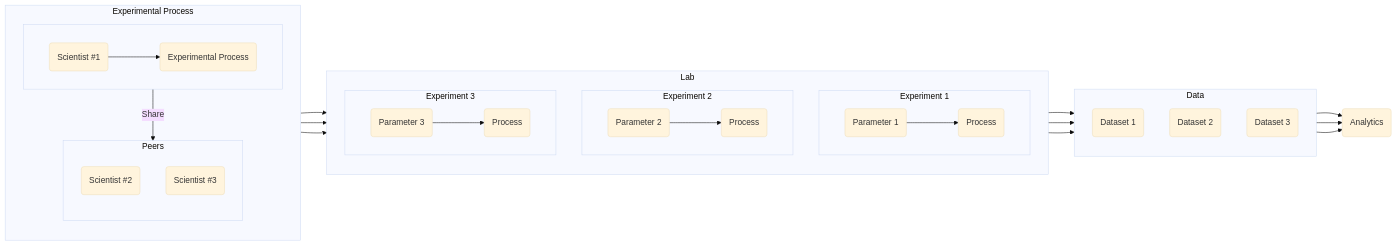
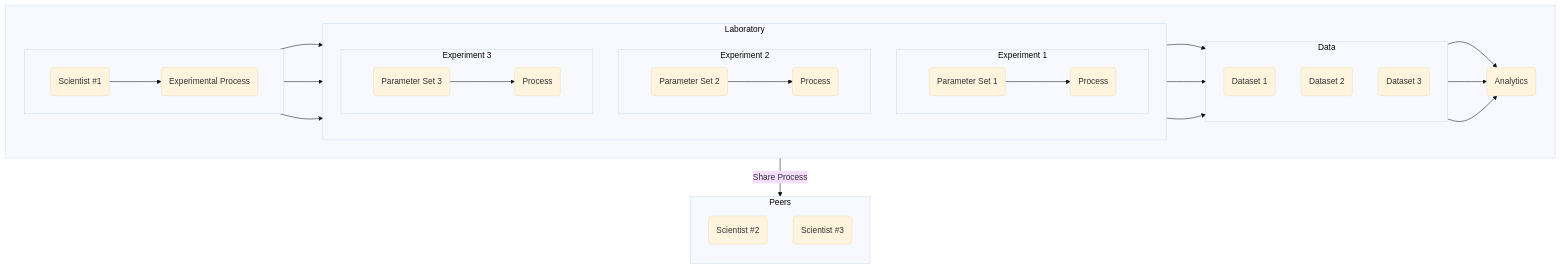
One commit to LLNL/maestrowf changed the first of 2 diagrams in docs/Philosophy/principles.md. Above: the diagram before and after it, drawn with Mermaid (base theme). The commit also changed other lines of this file, not shown here.

Commit message:
Rework reproducible science diagrams to be more readable

````diff
--- a/docs/Philosophy/principles.md
+++ b/docs/Philosophy/principles.md
@@ -35,43 +33,43 @@
 ``` mermaid
-flowchart LR
-    subgraph exp_proc [Experimental Process]
-      direction TB
+flowchart TB
+    subgraph Initial [ ]
+      direction LR
       subgraph Process [ ]
         direction LR
         A(Scientist #1)-->B(Experimental Process)
       end
-      Process--Share-->Peers
-      subgraph Peers
-          direction TB
-          C(Scientist #2)
-          D(Scientist #3)
-      end
-    end
     B-->E
     B-->G
     B-->I
-    subgraph Lab
+    subgraph Laboratory
       direction TB
         subgraph Exp1 [Experiment 1]
           direction LR
-          E(Parameter 1) --> F(Process)
+          E(Parameter Set 1) --> F(Process)
         end
         subgraph Exp2 [Experiment 2]
           direction LR
-          G(Parameter 2) --> H(Process)
+          G(Parameter Set 2) --> H(Process)
         end
         subgraph Exp3 [Experiment 3]
           direction LR
-          I(Parameter 3) --> J(Process)
+          I(Parameter Set 3) --> J(Process)
         end
     end
     subgraph Data
       direction TB
       F-->K(Dataset 1)
       H-->L(Dataset 2)
       J-->M(Dataset 3)
     end
     K-->N(Analytics)
     L-->N
     M-->N
+    end
+      Initial--Share Process-->Peers
+      subgraph Peers
+          direction TB
+          C(Scientist #2)
+          D(Scientist #3)
+      end
 ```
````
